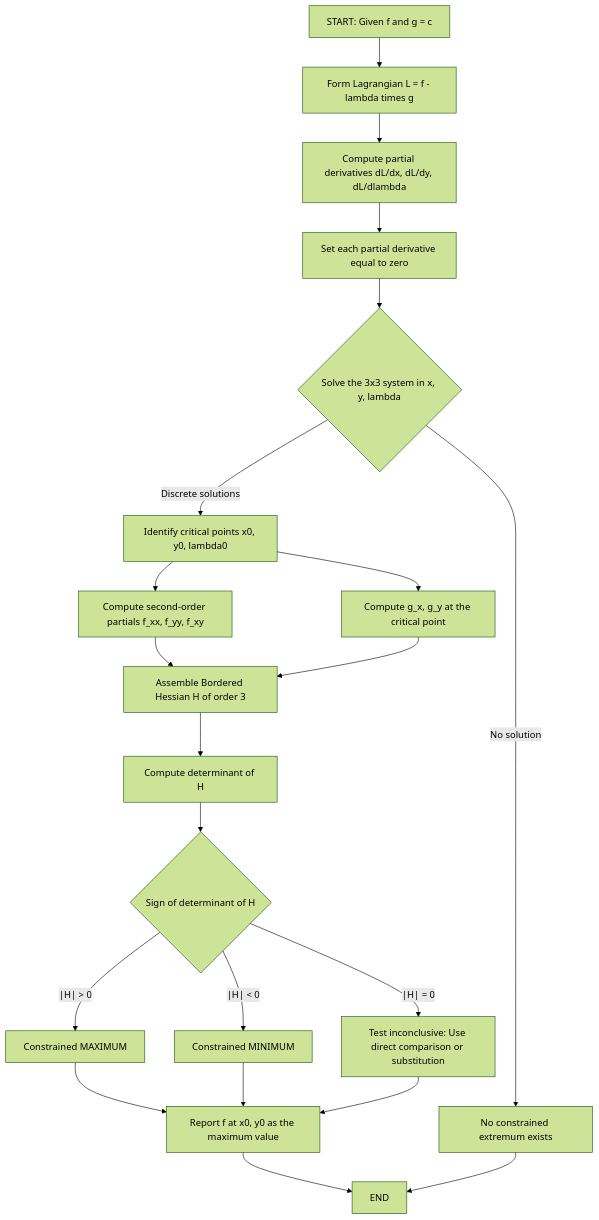
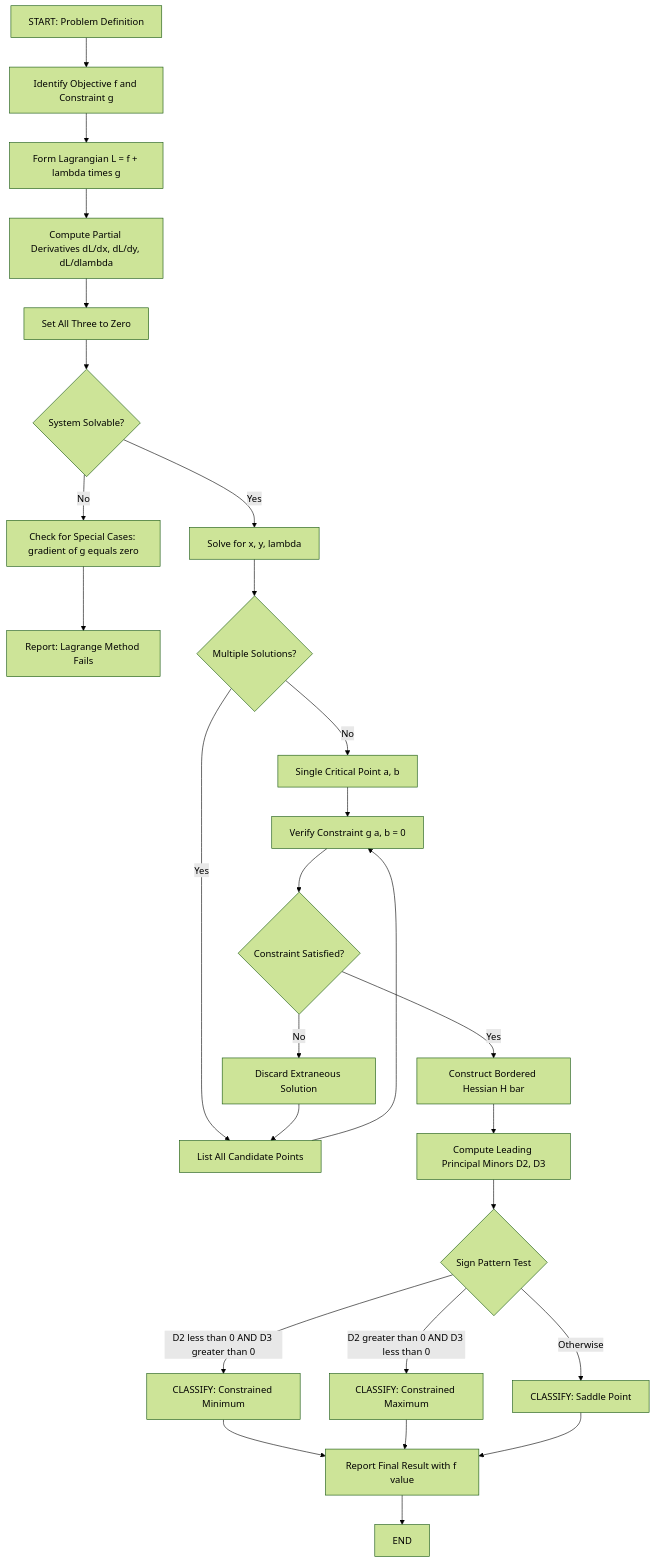
The first of 3 diagrams in public/notes/computer-science-and-engineering/semester-1/gamat101-mathematics-for-information-science-1/04-module-4-constrained-maxima-and-minima/constrained-maxima-and-minima/notes.md (vishnuu-kr/ktunode), drawn with Mermaid (forest theme) before and after one commit. The commit also changed other lines of this file and 4829 other files, not shown here.

````diff
--- a/public/notes/computer-science-and-engineering/semester-1/gamat101-mathematics-for-information-science-1/04-module-4-constrained-maxima-and-minima/constrained-maxima-and-minima/notes.md
+++ b/public/notes/computer-science-and-engineering/semester-1/gamat101-mathematics-for-information-science-1/04-module-4-constrained-maxima-and-minima/constrained-maxima-and-minima/notes.md
@@ -367,23 +430,29 @@
 ```mermaid
 flowchart TD
-    A["START: Given f and g = c"] --> B["Form Lagrangian L = f - lambda times g"]
-    B --> C["Compute partial derivatives dL/dx, dL/dy, dL/dlambda"]
-    C --> D["Set each partial derivative equal to zero"]
-    D --> E{"Solve the 3x3 system in x, y, lambda"}
-    E -->|"No solution"| F["No constrained extremum exists"]
-    E -->|"Discrete solutions"| G["Identify critical points x0, y0, lambda0"]
-    G --> H["Compute second-order partials f_xx, f_yy, f_xy"]
-    G --> I["Compute g_x, g_y at the critical point"]
-    H --> J["Assemble Bordered Hessian H of order 3"]
-    I --> J
-    J --> K["Compute determinant of H"]
-    K --> L{"Sign of determinant of H"}
-    L -->|"|H| > 0"| M["Constrained MAXIMUM"]
-    L -->|"|H| < 0"| N["Constrained MINIMUM"]
-    L -->|"|H| = 0"| O["Test inconclusive: Use direct comparison or substitution"]
-    M --> P["Report f at x0, y0 as the maximum value"]
-    N --> P
-    O --> P
-    P --> Q["END"]
-    F --> Q
+    A["START: Problem Definition"] --> B["Identify Objective f and Constraint g"]
+    B --> C["Form Lagrangian L = f + lambda times g"]
+    C --> D["Compute Partial Derivatives dL/dx, dL/dy, dL/dlambda"]
+    D --> E["Set All Three to Zero"]
+    E --> F{"System Solvable?"}
+    F -- "No" --> G["Check for Special Cases: gradient of g equals zero"]
+    G --> H["Report: Lagrange Method Fails"]
+    F -- "Yes" --> I["Solve for x, y, lambda"]
+    I --> J{"Multiple Solutions?"}
+    J -- "No" --> K["Single Critical Point a, b"]
+    J -- "Yes" --> L["List All Candidate Points"]
+    K --> M["Verify Constraint g a, b = 0"]
+    L --> M
+    M --> N{"Constraint Satisfied?"}
+    N -- "No" --> O["Discard Extraneous Solution"]
+    O --> L
+    N -- "Yes" --> P["Construct Bordered Hessian H bar"]
+    P --> Q["Compute Leading Principal Minors D2, D3"]
+    Q --> R{"Sign Pattern Test"}
+    R -- "D2 less than 0 AND D3 greater than 0" --> S["CLASSIFY: Constrained Minimum"]
+    R -- "D2 greater than 0 AND D3 less than 0" --> T["CLASSIFY: Constrained Maximum"]
+    R -- "Otherwise" --> U["CLASSIFY: Saddle Point"]
+    S --> V["Report Final Result with f value"]
+    T --> V
+    U --> V
+    V --> W["END"]
 ```
````
